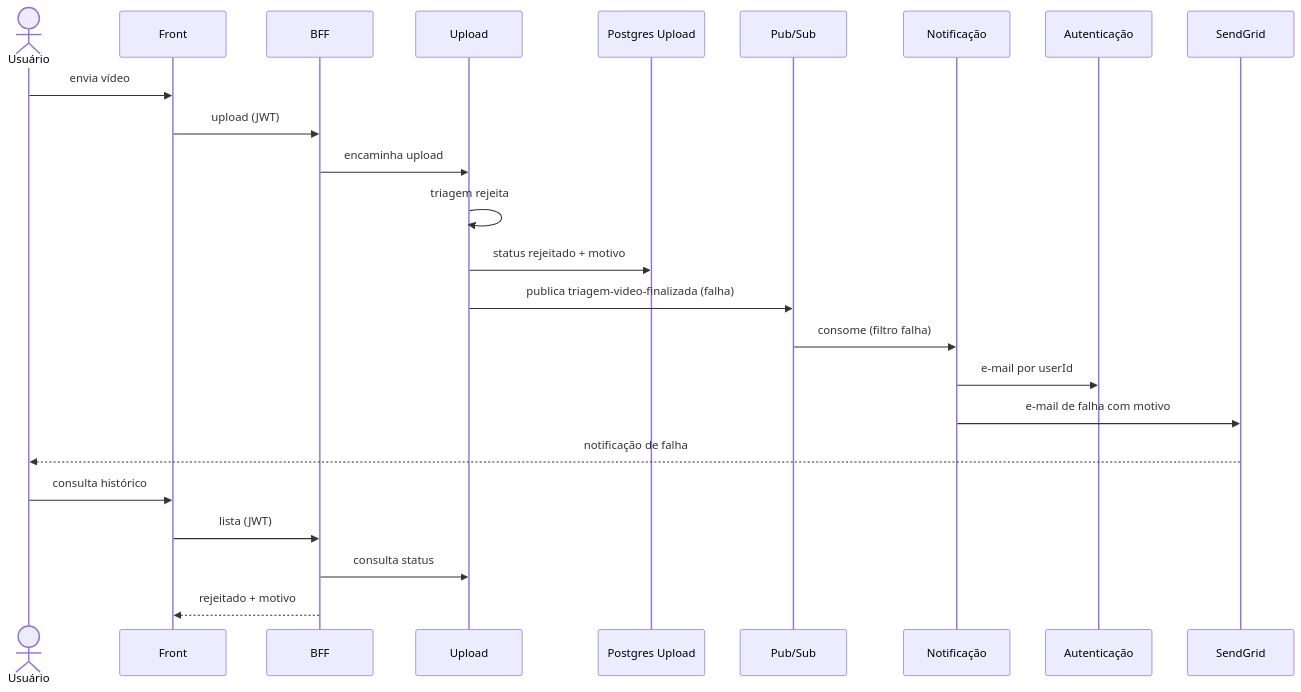
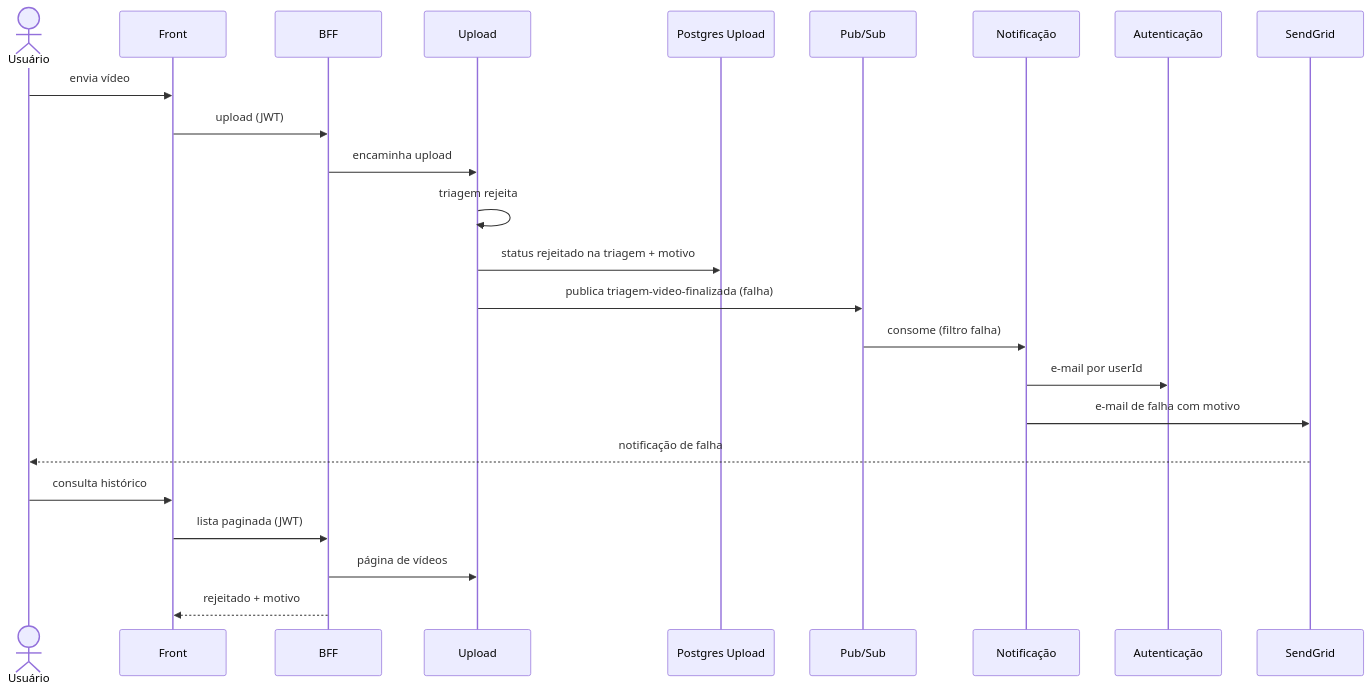
One commit to fiap-x-vcosta/docs changed the diagram in fluxo-e-estados/03_rejeicao-na-triagem.md. Above: the diagram before and after it, drawn with Mermaid. The commit also changed 26 other files, not shown here.

````diff
--- a/fluxo-e-estados/03_rejeicao-na-triagem.md
+++ b/fluxo-e-estados/03_rejeicao-na-triagem.md
@@ -1,27 +1,27 @@
 ```mermaid
 sequenceDiagram
   actor U as Usuário
   participant Web as Front
   participant BFF as BFF
   participant Up as Upload
   participant PGU as Postgres Upload
   participant Bus as Pub/Sub
   participant Notif as Notificação
   participant Auth as Autenticação
   participant SG as SendGrid
 
   U->>Web: envia vídeo
   Web->>BFF: upload (JWT)
   BFF->>Up: encaminha upload
   Up->>Up: triagem rejeita
-  Up->>PGU: status rejeitado + motivo
+  Up->>PGU: status rejeitado na triagem + motivo
   Up->>Bus: publica triagem-video-finalizada (falha)
   Bus->>Notif: consome (filtro falha)
   Notif->>Auth: e-mail por userId
   Notif->>SG: e-mail de falha com motivo
   SG-->>U: notificação de falha
   U->>Web: consulta histórico
-  Web->>BFF: lista (JWT)
-  BFF->>Up: consulta status
+  Web->>BFF: lista paginada (JWT)
+  BFF->>Up: página de vídeos
   BFF-->>Web: rejeitado + motivo
 ```
````
